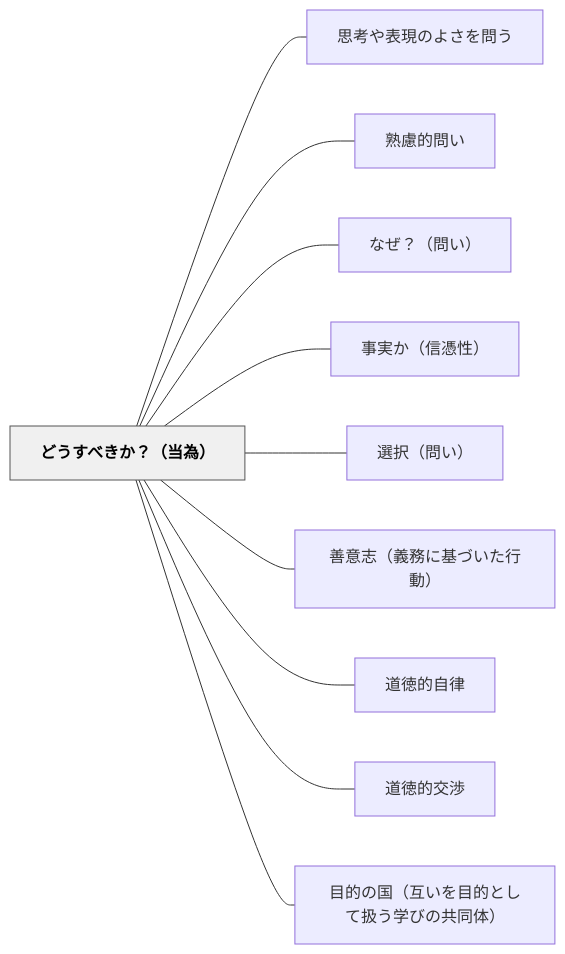
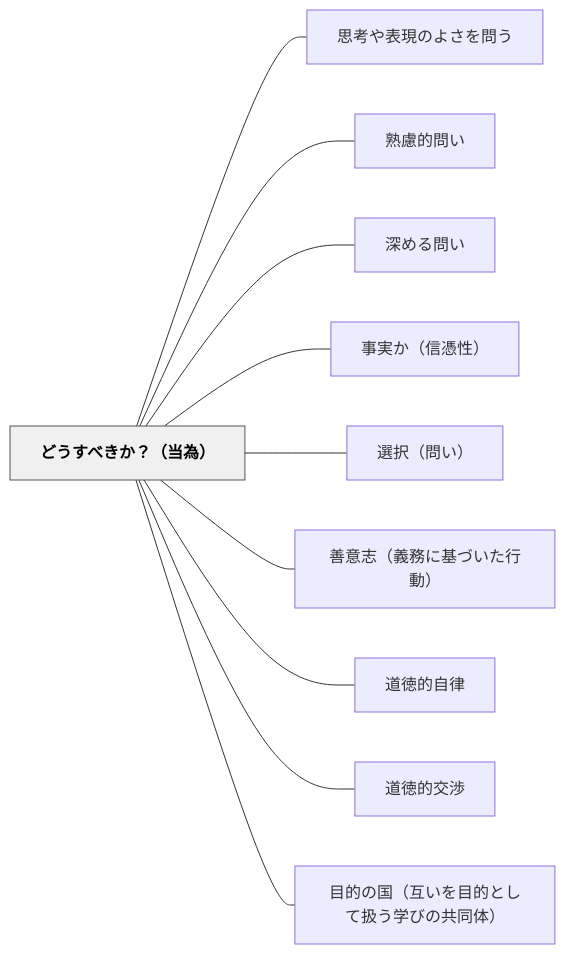
Before and after one commit to unknownthings-ed-patterns/unknownthings-ed-patterns: the diagram in content/パタン/どうすべきか？（当為）.md, drawn with Mermaid. The commit also changed other lines of this file and 37 other files, not shown here.

````diff
--- a/content/パタン/どうすべきか？（当為）.md
+++ b/content/パタン/どうすべきか？（当為）.md
@@ -59,26 +59,26 @@
 ```mermaid
 flowchart LR
     ne381a9e38186e38199e381b9e3818de3818befbc9fefbc88e5bd93e782baefbc89["どうすべきか？（当為）"]
     ne6809de88083e38284e8a1a8e78fbee381aee38288e38195e38292e5958fe38186["思考や表現のよさを問う"]
     ne7869fe685aee79a84e5958fe38184["熟慮的問い"]
-    ne381aae3819cefbc9fefbc88e5958fe38184efbc89["なぜ？（問い）"]
+    ne6b7b1e38281e3828be5958fe38184["深める問い"]
     ne4ba8be5ae9fe3818befbc88e4bfa1e68691e680a7efbc89["事実か（信憑性）"]
     ne981b8e68a9eefbc88e5958fe38184efbc89["選択（問い）"]
     ne59684e6848fe5bf97efbc88e7bea9e58b99e381abe59fbae381a5e38184e3819fe8a18ce58b95efbc89["善意志（義務に基づいた行動）"]
     ne98193e5beb3e79a84e887aae5be8b["道徳的自律"]
     ne98193e5beb3e79a84e4baa4e6b889["道徳的交渉"]
     ne79baee79a84e381aee59bbdefbc88e4ba92e38184e38292e79baee79a84e381a8e38197e381a6e689b1e38186e5ada6e381b3e381aee585b1e5908ce4bd93efbc89["目的の国（互いを目的として扱う学びの共同体）"]
 
     ne381a9e38186e38199e381b9e3818de3818befbc9fefbc88e5bd93e782baefbc89 --- ne6809de88083e38284e8a1a8e78fbee381aee38288e38195e38292e5958fe38186
     ne381a9e38186e38199e381b9e3818de3818befbc9fefbc88e5bd93e782baefbc89 --- ne7869fe685aee79a84e5958fe38184
-    ne381a9e38186e38199e381b9e3818de3818befbc9fefbc88e5bd93e782baefbc89 --- ne381aae3819cefbc9fefbc88e5958fe38184efbc89
+    ne381a9e38186e38199e381b9e3818de3818befbc9fefbc88e5bd93e782baefbc89 --- ne6b7b1e38281e3828be5958fe38184
     ne381a9e38186e38199e381b9e3818de3818befbc9fefbc88e5bd93e782baefbc89 --- ne4ba8be5ae9fe3818befbc88e4bfa1e68691e680a7efbc89
     ne381a9e38186e38199e381b9e3818de3818befbc9fefbc88e5bd93e782baefbc89 --- ne981b8e68a9eefbc88e5958fe38184efbc89
     ne381a9e38186e38199e381b9e3818de3818befbc9fefbc88e5bd93e782baefbc89 --- ne59684e6848fe5bf97efbc88e7bea9e58b99e381abe59fbae381a5e38184e3819fe8a18ce58b95efbc89
     ne381a9e38186e38199e381b9e3818de3818befbc9fefbc88e5bd93e782baefbc89 --- ne98193e5beb3e79a84e887aae5be8b
     ne381a9e38186e38199e381b9e3818de3818befbc9fefbc88e5bd93e782baefbc89 --- ne98193e5beb3e79a84e4baa4e6b889
     ne381a9e38186e38199e381b9e3818de3818befbc9fefbc88e5bd93e782baefbc89 --- ne79baee79a84e381aee59bbdefbc88e4ba92e38184e38292e79baee79a84e381a8e38197e381a6e689b1e38186e5ada6e381b3e381aee585b1e5908ce4bd93efbc89
 
     classDef hub fill:#f0f0f0,stroke:#555,color:#000,font-weight:bold
     class ne381a9e38186e38199e381b9e3818de3818befbc9fefbc88e5bd93e782baefbc89 hub
 ```
````
